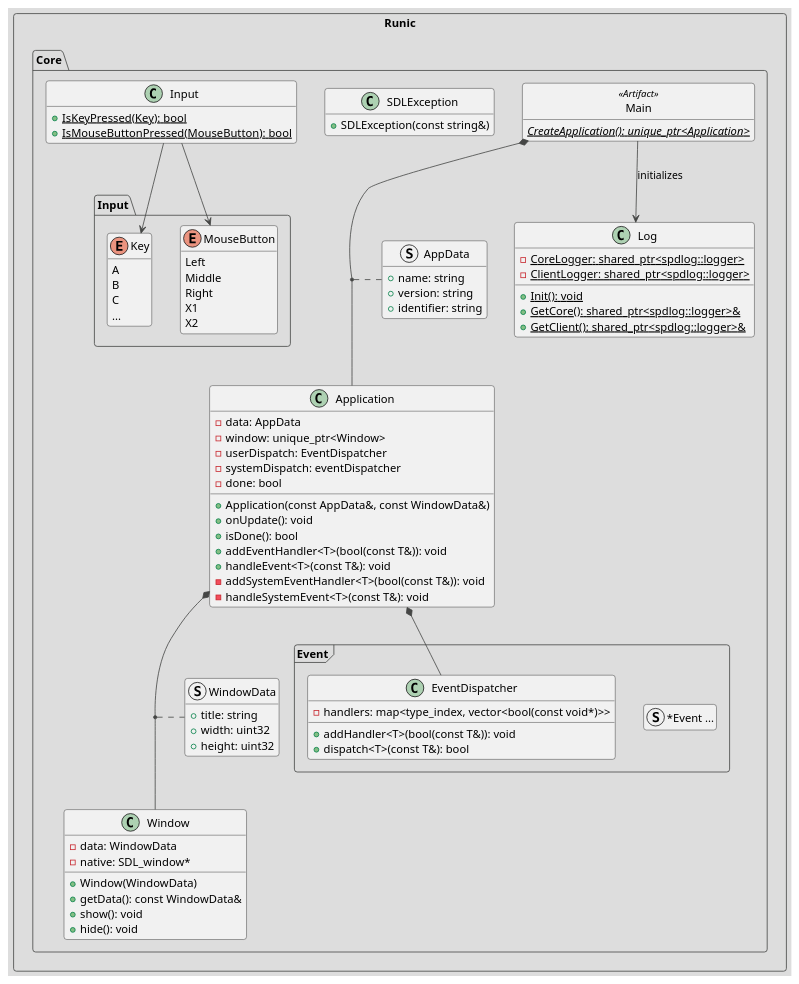
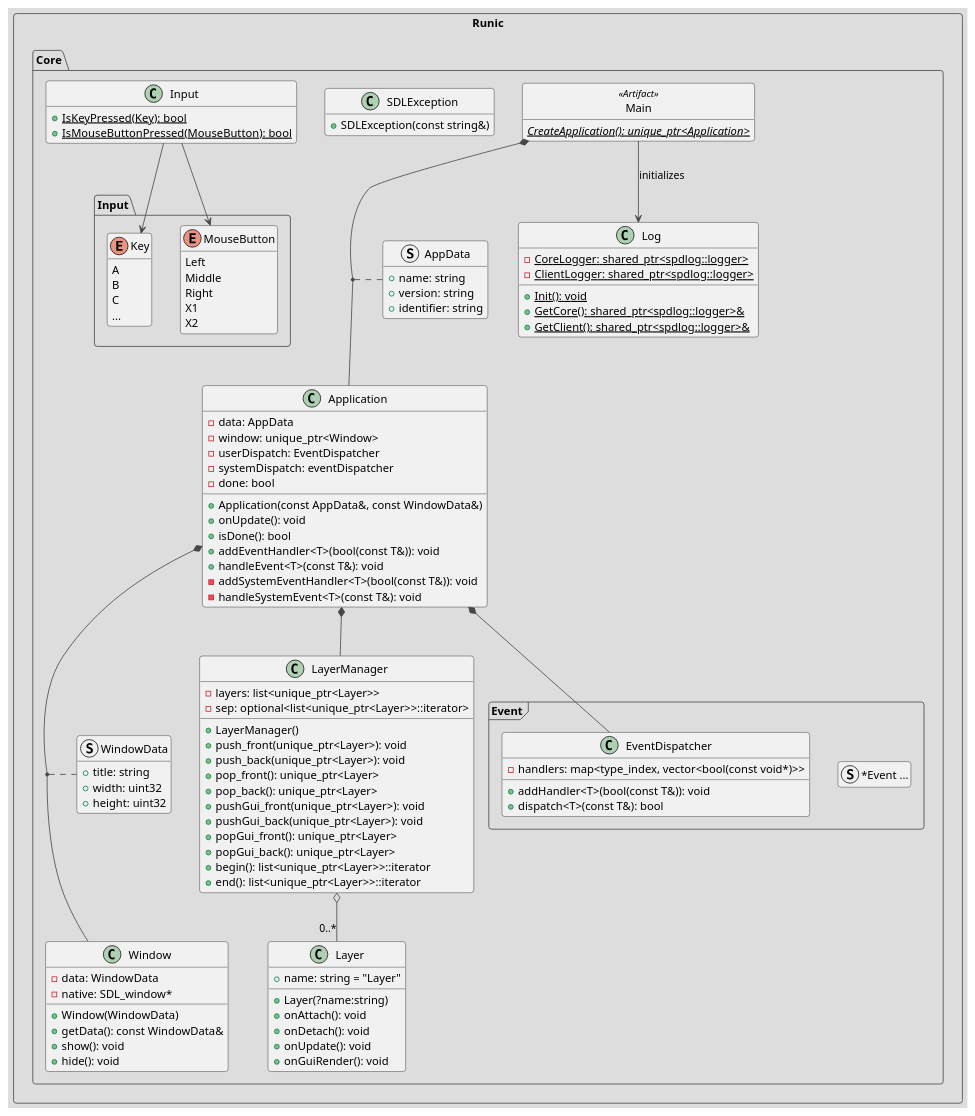
Before and after one commit to dedbox/Runic: the diagram in Runic/doc/classes.plantuml, drawn with PlantUML. The commit also changed 6 other files, not shown here.

```diff
--- a/Runic/doc/classes.plantuml
+++ b/Runic/doc/classes.plantuml
@@ -1,110 +1,139 @@
 @startuml
 !theme toy
 
 package Runic <<rectangle>> {
   package Core <<folder>> {
     class Main <<Artifact>> {
       {static} {abstract} CreateApplication(): unique_ptr<Application>
     }
 
     hide <<Artifact>> circle
     hide <<Artifact>> fields
 
     struct AppData {
       + name: string
       + version: string
       + identifier: string
     }
 
     class Application {
       - data: AppData
       - window: unique_ptr<Window>
       - userDispatch: EventDispatcher
       - systemDispatch: eventDispatcher
       - done: bool
       + Application(const AppData&, const WindowData&)
       + onUpdate(): void
       + isDone(): bool
       + addEventHandler<T>(bool(const T&)): void
       + handleEvent<T>(const T&): void
       - addSystemEventHandler<T>(bool(const T&)): void
       - handleSystemEvent<T>(const T&): void
     }
 
     Main *-- Application
     (Main, Application) . AppData
 
     struct WindowData {
       + title: string
       + width: uint32
       + height: uint32
     }
 
     class Window {
       - data: WindowData
       - native: SDL_window*
       + Window(WindowData)
       + getData(): const WindowData&
       + show(): void
       + hide(): void
     }
 
     Application *-- Window
     (Application, Window) . WindowData
 
     class SDLException {
       + SDLException(const string&)
     }
 
     class Log {
       {static} - CoreLogger: shared_ptr<spdlog::logger>
       {static} - ClientLogger: shared_ptr<spdlog::logger>
       {static} + Init(): void
       {static} + GetCore(): shared_ptr<spdlog::logger>&
       {static} + GetClient(): shared_ptr<spdlog::logger>&
     }
 
     Main --> Log : initializes
 
     class Input {
       {static} + IsKeyPressed(Key): bool
       {static} + IsMouseButtonPressed(MouseButton): bool
     }
 
     package Input as InputPkg {
       enum Key {
         A
         B
         C
         ...
       }
 
       enum MouseButton {
         Left
         Middle
         Right
         X1
         X2
       }
     }
 
     Input --> Key
     Input --> MouseButton
 
     package Event <<Frame>> {
       struct "*Event ..." as ConcreteEvent
 
       class EventDispatcher {
         {field} - handlers: map<type_index, vector<bool(const void*)>>
         + addHandler<T>(bool(const T&)): void
         + dispatch<T>(const T&): bool
       }
     }
 
     Application *-- EventDispatcher
+
+    class Layer {
+      + name: string = "Layer"
+      + Layer(?name:string)
+      + onAttach(): void
+      + onDetach(): void
+      + onUpdate(): void
+      + onGuiRender(): void
+    }
+
+    class LayerManager {
+      - layers: list<unique_ptr<Layer>>
+      - sep: optional<list<unique_ptr<Layer>>::iterator>
+      + LayerManager()
+      + push_front(unique_ptr<Layer>): void
+      + push_back(unique_ptr<Layer>): void
+      + pop_front(): unique_ptr<Layer>
+      + pop_back(): unique_ptr<Layer>
+      + pushGui_front(unique_ptr<Layer>): void
+      + pushGui_back(unique_ptr<Layer>): void
+      + popGui_front(): unique_ptr<Layer>
+      + popGui_back(): unique_ptr<Layer>
+      + begin(): list<unique_ptr<Layer>>::iterator
+      + end(): list<unique_ptr<Layer>>::iterator
+    }
+
+    LayerManager o-- "0..*" Layer
+
+    Application *-- LayerManager
   }
 }
 
 hide empty members
 
 @enduml
```
